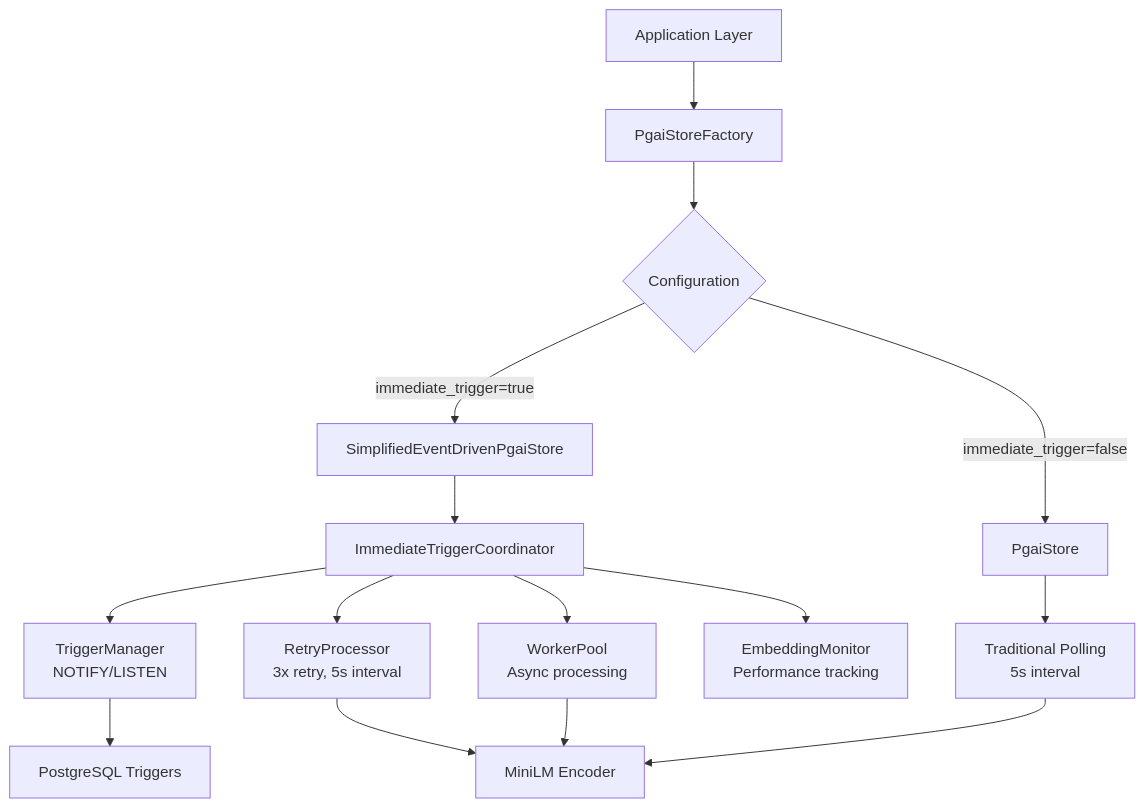
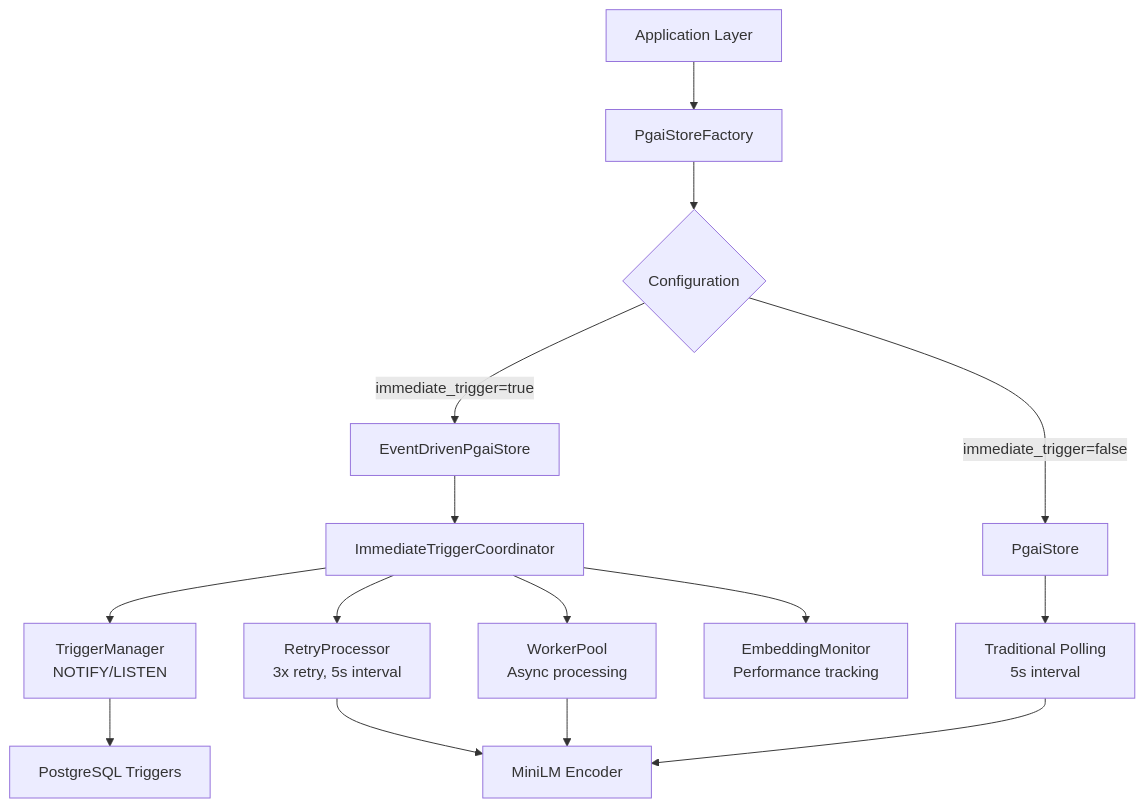
The first of 7 diagrams in docs/architecture/pgai.md (memfuse/memfuse), drawn with Mermaid before and after one commit. The commit also changed other lines of this file and 14 other files, not shown here.

First line of the commit message:
refactor(pgai_store): rename and restructure event-driven store implementation

````diff
--- a/docs/architecture/pgai.md
+++ b/docs/architecture/pgai.md
@@ -41,20 +41,20 @@
 ```mermaid
 graph TB
     A[Application Layer] --> B[PgaiStoreFactory]
     B --> C{Configuration}
-    C -->|immediate_trigger=true| D[SimplifiedEventDrivenPgaiStore]
+    C -->|immediate_trigger=true| D[EventDrivenPgaiStore]
     C -->|immediate_trigger=false| E[PgaiStore]
 
     D --> F[ImmediateTriggerCoordinator]
     F --> G[TriggerManager<br/>NOTIFY/LISTEN]
     F --> H[RetryProcessor<br/>3x retry, 5s interval]
     F --> I[WorkerPool<br/>Async processing]
     F --> J[EmbeddingMonitor<br/>Performance tracking]
 
     E --> K[Traditional Polling<br/>5s interval]
 
     G --> L[PostgreSQL Triggers]
     H --> M[MiniLM Encoder]
     I --> M
     K --> M
 ```
````
